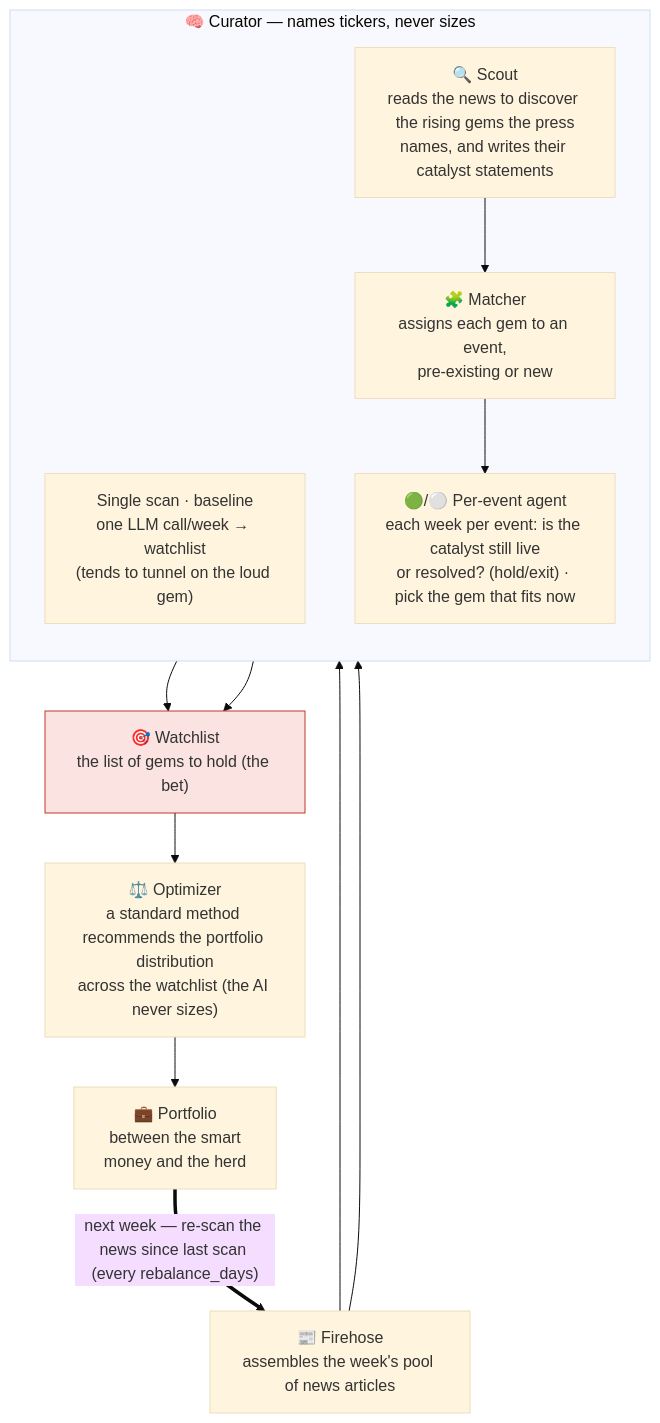
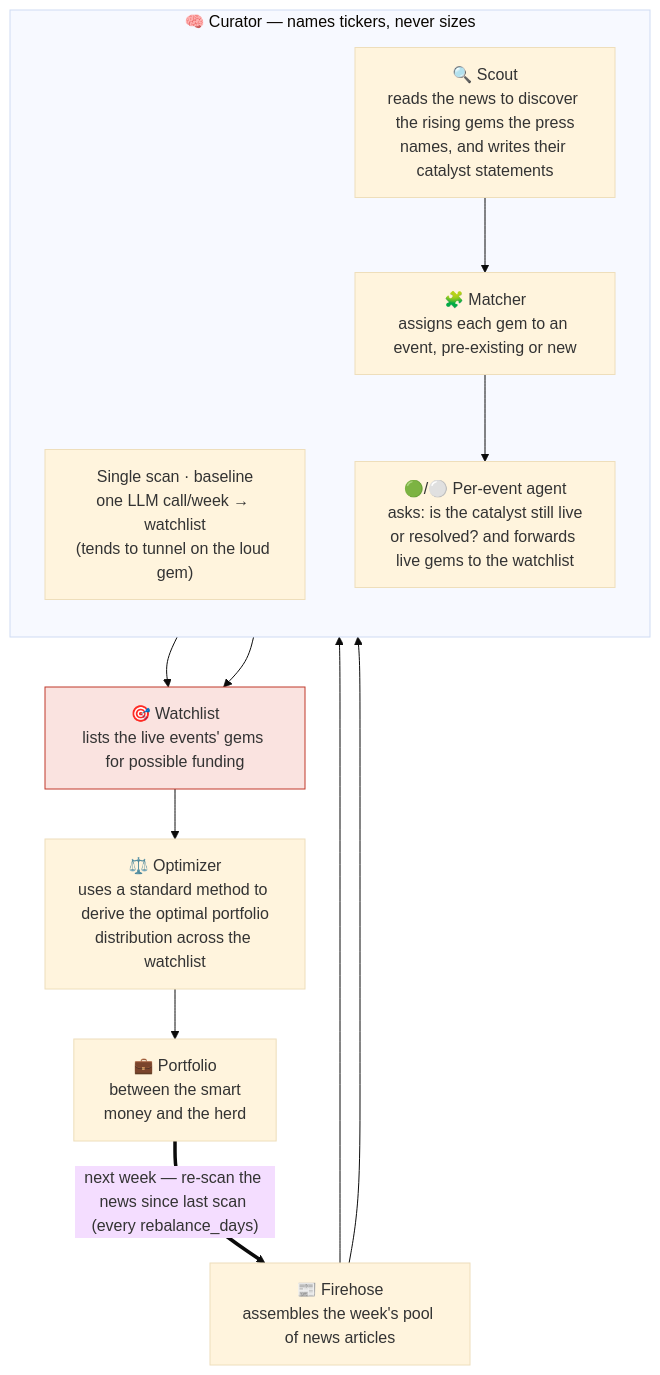
The diagram in README.md (joehahn/geo-herd-rider), drawn with Mermaid (base theme) before and after one commit.

Commit message:
README: refine Per-event agent / Watchlist / Optimizer diagram nodes

````diff
--- a/README.md
+++ b/README.md
@@ -18,27 +18,27 @@
 ```mermaid
 flowchart TD
     S["📰 Firehose<br/>assembles the week's pool of news articles"]
 
     subgraph CUR["🧠 Curator — names tickers, never sizes"]
       direction TB
       SS["Single scan · baseline<br/>one LLM call/week → watchlist<br/>(tends to tunnel on the loud gem)"]
       SC["🔍 Scout<br/>reads the news to discover the rising gems the press<br/>names, and writes their catalyst statements"]
-      MA["🧩 Matcher<br/>assigns each gem to an event,<br/>pre-existing or new"]
-      AG["🟢/⚪ Per-event agent<br/>each week per event: is the catalyst still live<br/>or resolved? (hold/exit) · pick the gem that fits now"]
+      MA["🧩 Matcher<br/>assigns each gem to an event, pre-existing or new"]
+      AG["🟢/⚪ Per-event agent<br/>asks: is the catalyst still live<br/>or resolved? and forwards live gems to the watchlist"]
       SC --> MA --> AG
     end
 
-    E["🎯 Watchlist<br/>the list of gems to hold (the bet)"]
-    W["⚖️ Optimizer<br/>a standard method recommends the portfolio distribution<br/>across the watchlist (the AI never sizes)"]
+    E["🎯 Watchlist<br/>lists the live events' gems for possible funding"]
+    W["⚖️ Optimizer<br/>uses a standard method to derive the optimal portfolio<br/>distribution across the watchlist"]
     B["💼 Portfolio<br/>between the smart<br/>money and the herd"]
 
     S --> SS
     S --> SC
     SS --> E
     AG --> E
     E --> W --> B
     B == "next week — re-scan the news since last scan (every rebalance_days)" ==> S
 
     classDef bet fill:#fae3e0,stroke:#c0392b;
     class E bet
 ```
````
